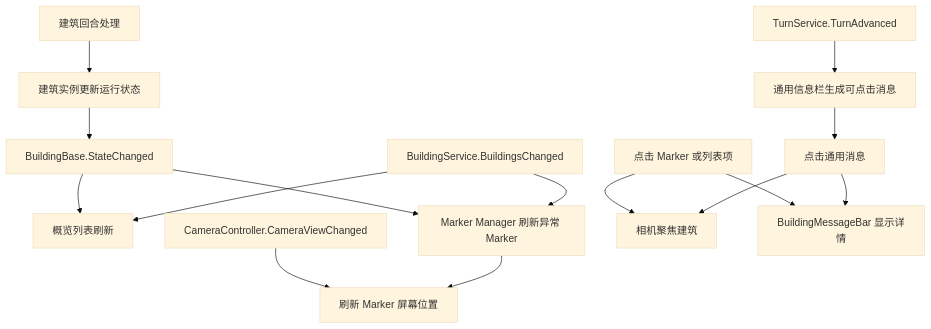
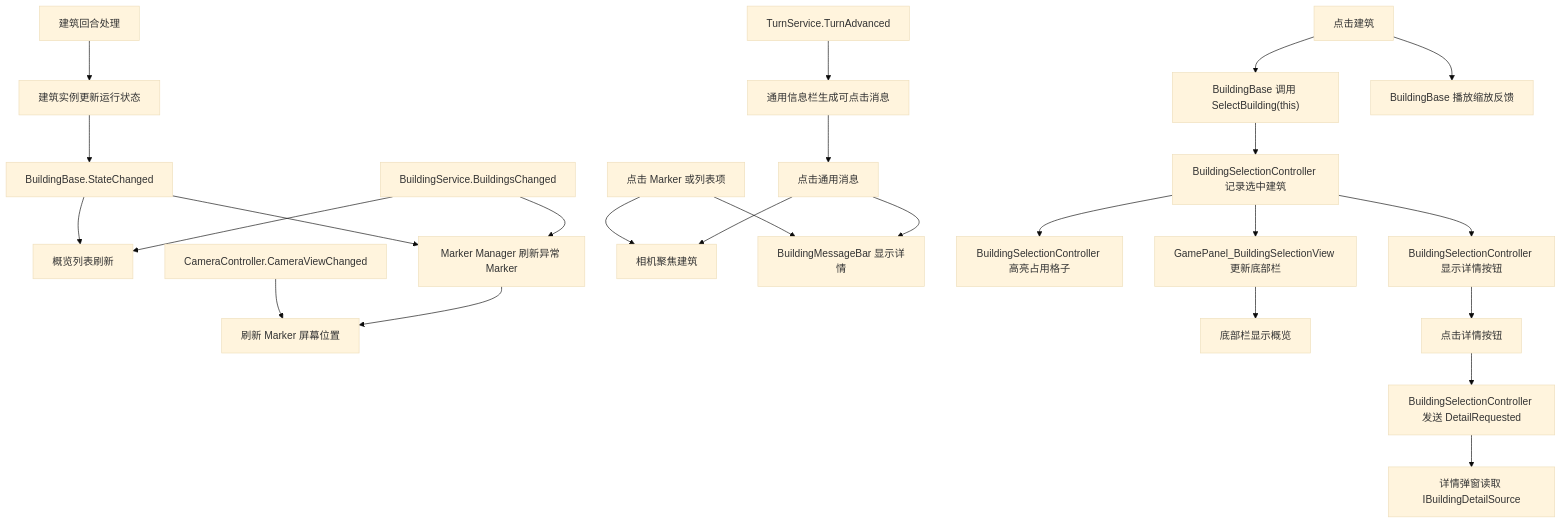
The diagram in Document/建筑UI表现流程README.md (2023li/Landsong), drawn with Mermaid (base theme) before and after one commit. The commit also changed other lines of this file and 40 other files, not shown here.

````diff
--- a/Document/建筑UI表现流程README.md
+++ b/Document/建筑UI表现流程README.md
@@ -480,17 +654,27 @@
 ```mermaid
 flowchart TD
     A["建筑回合处理"] --> B["建筑实例更新运行状态"]
     B --> C["BuildingBase.StateChanged"]
     C --> D["概览列表刷新"]
     C --> E["Marker Manager 刷新异常 Marker"]
     L["TurnService.TurnAdvanced"] --> M["通用信息栏生成可点击消息"]
     F["BuildingService.BuildingsChanged"] --> D
     F --> E
     G["CameraController.CameraViewChanged"] --> H["刷新 Marker 屏幕位置"]
     E --> H
     I["点击 Marker 或列表项"] --> J["相机聚焦建筑"]
     I --> K["BuildingMessageBar 显示详情"]
     M --> N["点击通用消息"]
     N --> J
     N --> K
+    O["点击建筑"] --> Q["BuildingBase 调用 SelectBuilding(this)"]
+    O --> P["BuildingBase 播放缩放反馈"]
+    Q --> W["BuildingSelectionController 记录选中建筑"]
+    W --> R["BuildingSelectionController 高亮占用格子"]
+    W --> T["BuildingSelectionController 显示详情按钮"]
+    W --> X["GamePanel_BuildingSelectionView 更新底部栏"]
+    X --> S["底部栏显示概览"]
+    T --> U["点击详情按钮"]
+    U --> Y["BuildingSelectionController 发送 DetailRequested"]
+    Y --> V["详情弹窗读取 IBuildingDetailSource"]
 ```
````
